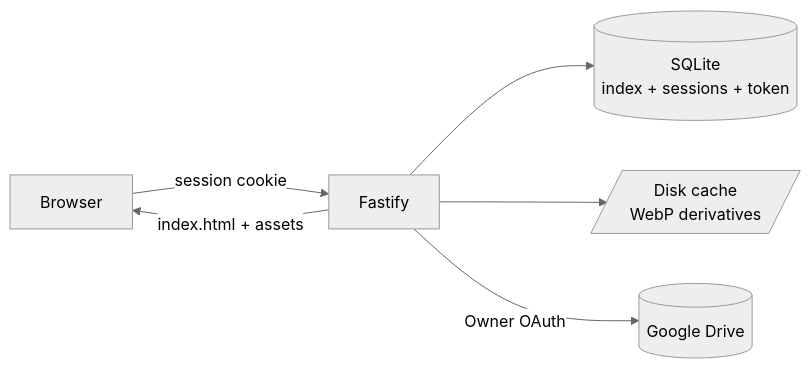
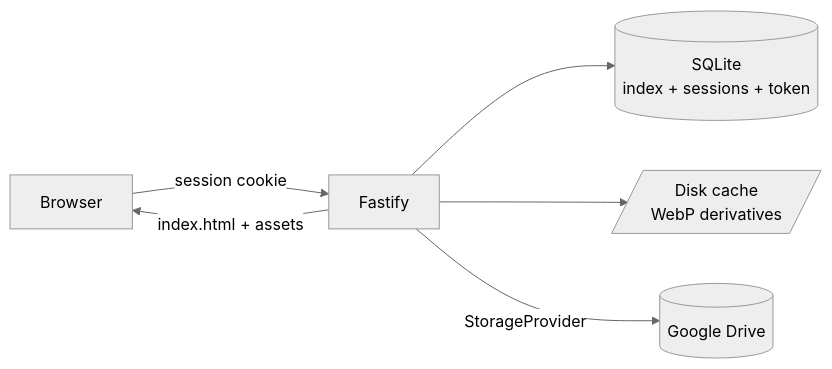
Before and after one commit to cr0cK/lukarn: the first of 2 diagrams in specs/02-architecture.md, drawn with Mermaid (neutral theme). The commit also changed other lines of this file and 31 other files, not shown here.

First line of the commit message:
refactor(server): storage becomes an interface, Drive its first implementation (#89)

````diff
--- a/specs/02-architecture.md
+++ b/specs/02-architecture.md
@@ -9,8 +9,8 @@
 ```mermaid
 flowchart LR
   N[Browser] -->|session cookie| F[Fastify]
   F --> S[(SQLite<br/>index + sessions + token)]
   F --> C[/Disk cache<br/>WebP derivatives/]
-  F -->|Owner OAuth| G[(Google Drive)]
+  F -->|StorageProvider| G[(Google Drive)]
   F -->|index.html + assets| N
 ```
````
